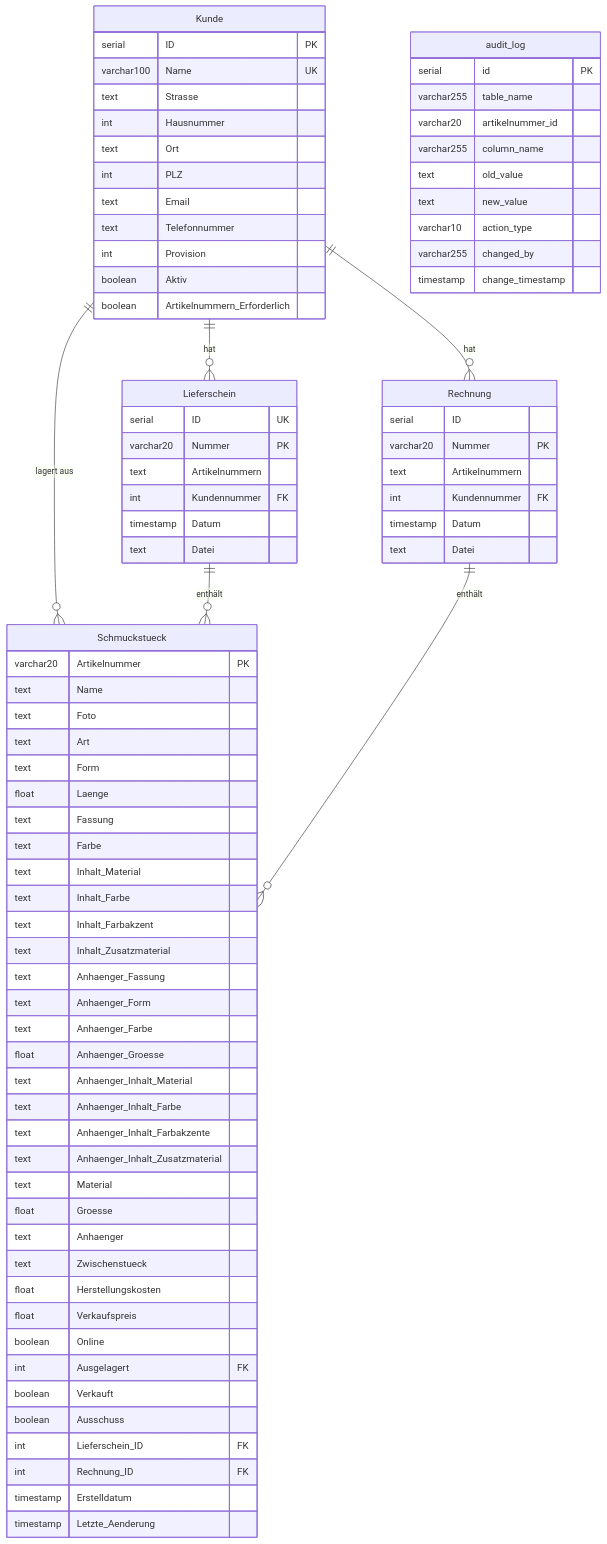
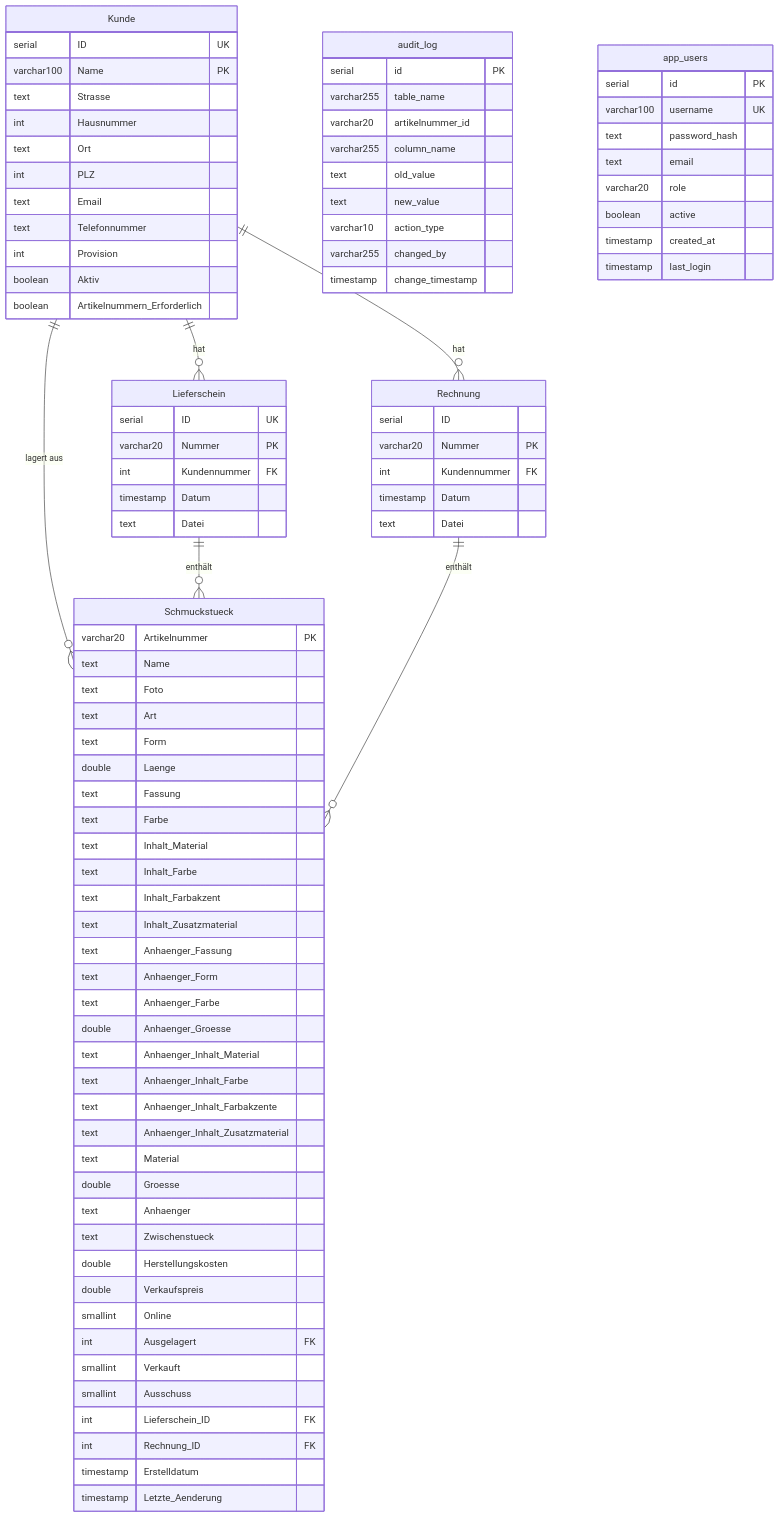
One commit to Revilo91/GoldRegenDB_Web changed the diagram in agent.md. Above: the diagram before and after it, drawn with Mermaid. The commit also changed other lines of this file and 1 other file, not shown here.

````diff
--- a/agent.md
+++ b/agent.md
@@ -20,8 +20,8 @@
     Rechnung ||--o{ Schmuckstueck : "enthält"
 
     Kunde {
-        serial ID PK
-        varchar100 Name UK
+        serial ID UK
+        varchar100 Name PK
         text Strasse
         int Hausnummer
         text Ort
@@ -36,7 +36,6 @@
     Lieferschein {
         serial ID UK
         varchar20 Nummer PK
-        text Artikelnummern
         int Kundennummer FK
         timestamp Datum
         text Datei
@@ -45,7 +44,6 @@
     Rechnung {
         serial ID
         varchar20 Nummer PK
-        text Artikelnummern
         int Kundennummer FK
         timestamp Datum
         text Datei
@@ -57,7 +55,7 @@
         text Foto
         text Art
         text Form
-        float Laenge
+        double Laenge
         text Fassung
         text Farbe
         text Inhalt_Material
@@ -67,21 +65,21 @@
         text Anhaenger_Fassung
         text Anhaenger_Form
         text Anhaenger_Farbe
-        float Anhaenger_Groesse
+        double Anhaenger_Groesse
         text Anhaenger_Inhalt_Material
         text Anhaenger_Inhalt_Farbe
         text Anhaenger_Inhalt_Farbakzente
         text Anhaenger_Inhalt_Zusatzmaterial
         text Material
-        float Groesse
+        double Groesse
         text Anhaenger
         text Zwischenstueck
-        float Herstellungskosten
-        float Verkaufspreis
-        boolean Online
+        double Herstellungskosten
+        double Verkaufspreis
+        smallint Online
         int Ausgelagert FK
-        boolean Verkauft
-        boolean Ausschuss
+        smallint Verkauft
+        smallint Ausschuss
         int Lieferschein_ID FK
         int Rechnung_ID FK
         timestamp Erstelldatum
@@ -99,4 +97,15 @@
         varchar255 changed_by
         timestamp change_timestamp
     }
+
+    app_users {
+        serial id PK
+        varchar100 username UK
+        text password_hash
+        text email
+        varchar20 role
+        boolean active
+        timestamp created_at
+        timestamp last_login
+    }
 ```
````
